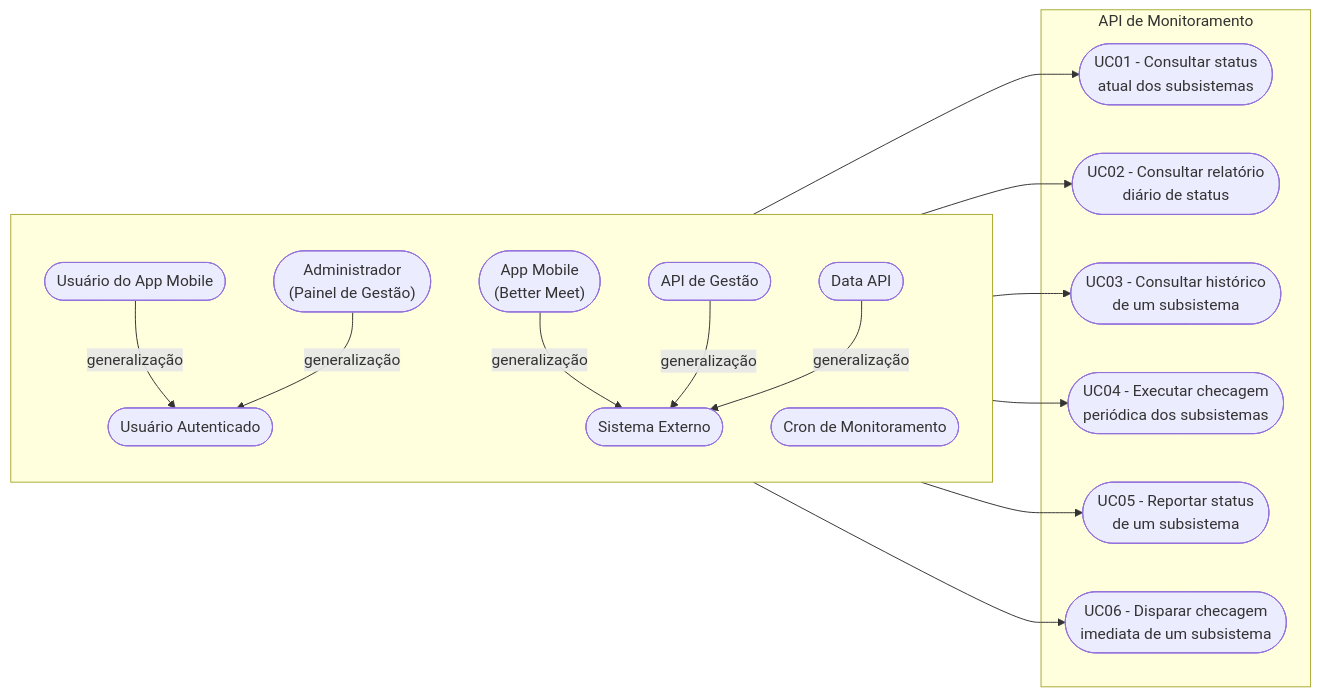
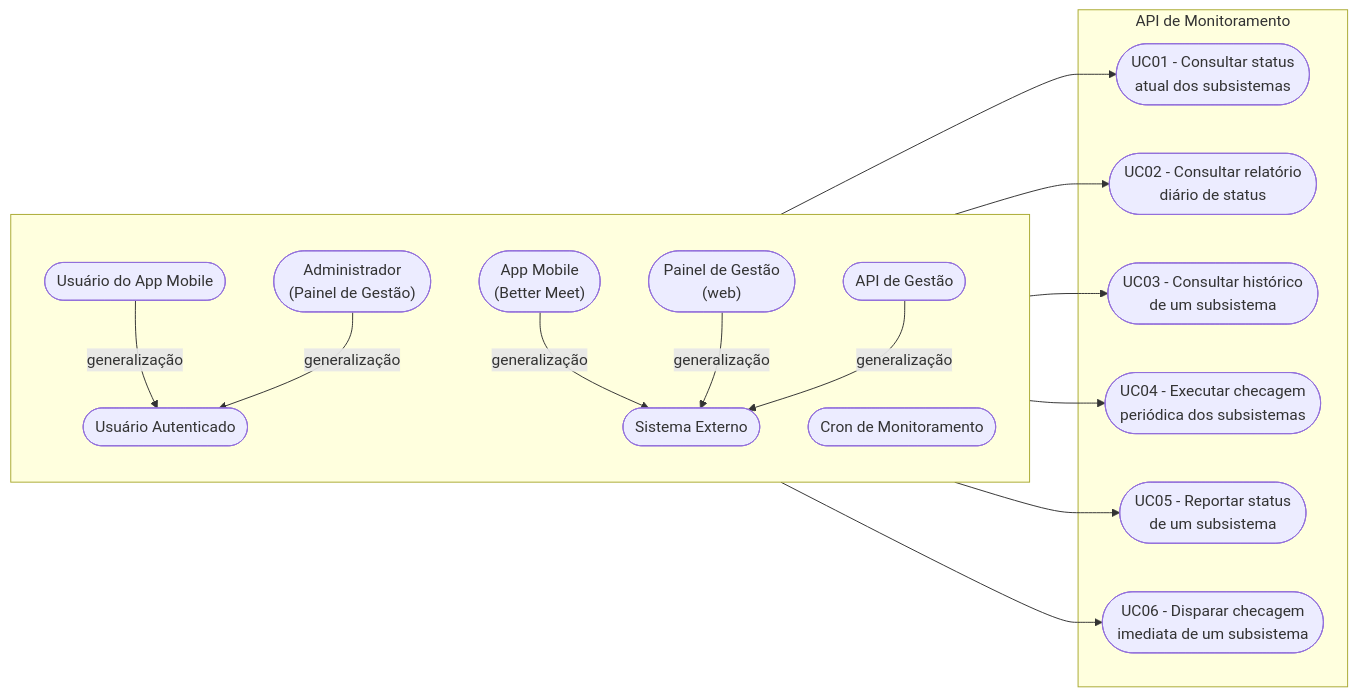
The first of 19 diagrams in documentos/entrega2_Di1/requisitos_e_casos_de_uso.md (MiguelIFSP/BRTPDS2-PROJETO-E-DESENVOLVIMENTO-DE-SISTEMAS-2), drawn with Mermaid before and after one commit. The commit also changed other lines of this file and 1 other file, not shown here.

````diff
--- a/documentos/entrega2_Di1/requisitos_e_casos_de_uso.md
+++ b/documentos/entrega2_Di1/requisitos_e_casos_de_uso.md
@@ -26,36 +28,36 @@
 ```mermaid
 flowchart LR
     subgraph Atores[ ]
         direction TB
         AU(["Usuário Autenticado"])
         A1(["Usuário do App Mobile"])
         A2(["Administrador<br/>(Painel de Gestão)"])
         A3(["Cron de Monitoramento"])
         AS(["Sistema Externo"])
         A4(["App Mobile<br/>(Better Meet)"])
-        A5(["API de Gestão"])
-        A6(["Data API"])
+        A5(["Painel de Gestão<br/>(web)"])
+        A6(["API de Gestão"])
 
         A1 -- generalização --> AU
         A2 -- generalização --> AU
         A4 -- generalização --> AS
         A5 -- generalização --> AS
         A6 -- generalização --> AS
     end
 
     subgraph SistemaMonitoramento["API de Monitoramento"]
         UC1(["UC01 - Consultar status<br/>atual dos subsistemas"])
         UC2(["UC02 - Consultar relatório<br/>diário de status"])
         UC3(["UC03 - Consultar histórico<br/>de um subsistema"])
         UC4(["UC04 - Executar checagem<br/>periódica dos subsistemas"])
         UC5(["UC05 - Reportar status<br/>de um subsistema"])
         UC6(["UC06 - Disparar checagem<br/>imediata de um subsistema"])
     end
 
     AU --> UC1
     AU --> UC2
     AU --> UC3
     A3 --> UC4
     AS --> UC5
     A5 --> UC6
 ```
````
